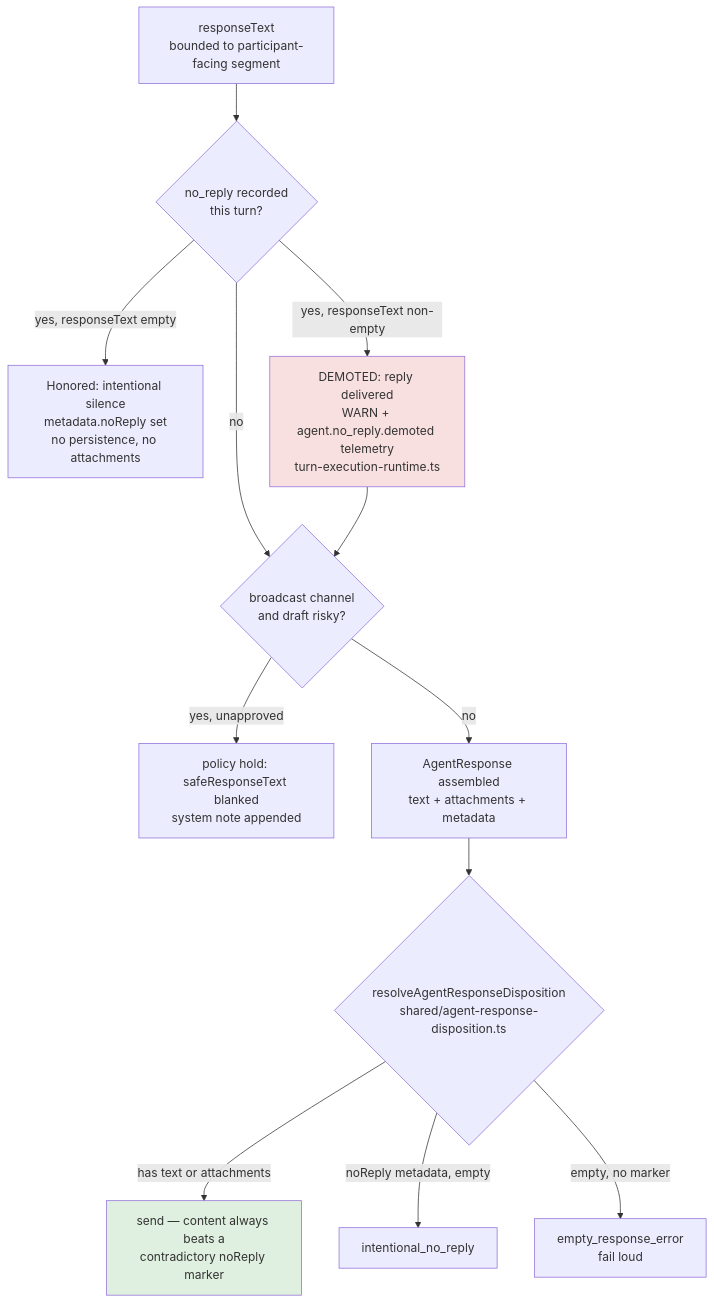
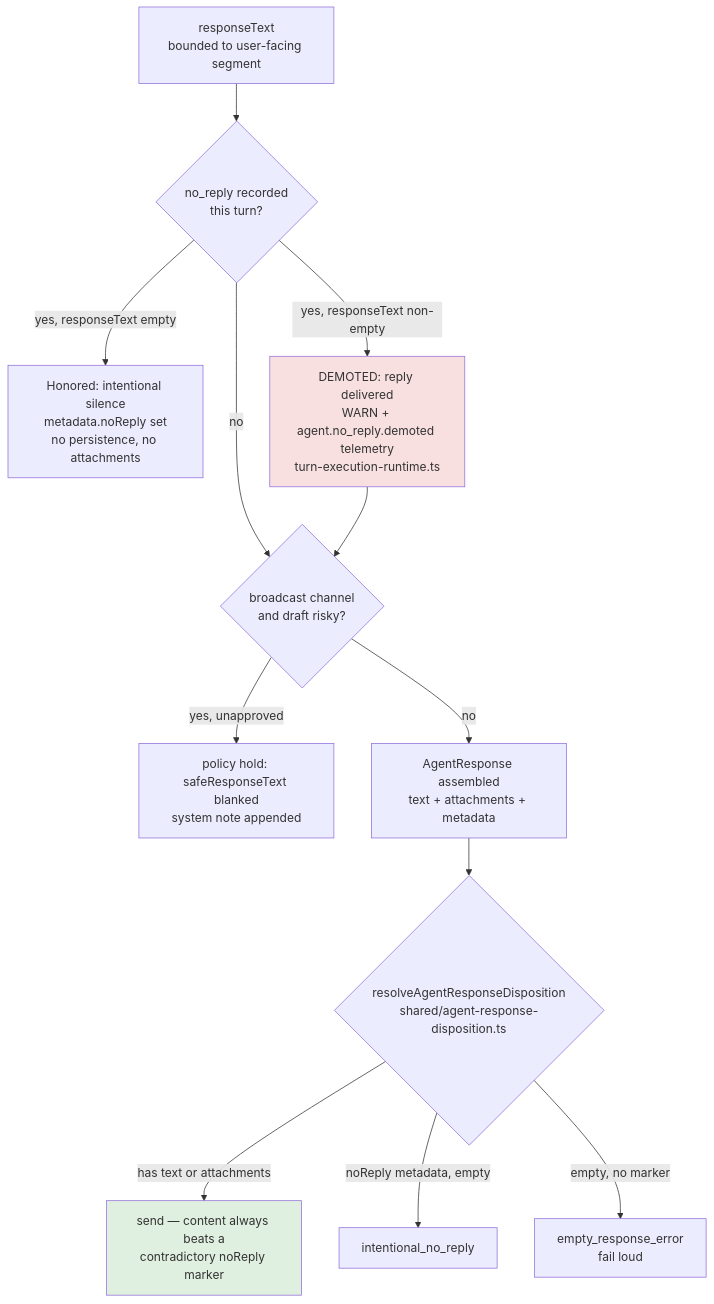
Before and after one commit to CGIC-AI/psfn-framework: the third of 4 diagrams in docs/chat-turn-lifecycle.md, drawn with Mermaid. The commit also changed other lines of this file and 67 other files, not shown here.

````diff
--- a/docs/chat-turn-lifecycle.md
+++ b/docs/chat-turn-lifecycle.md
@@ -94,17 +94,17 @@
 ```mermaid
 flowchart TD
-    RT[responseText<br/>bounded to participant-facing segment] --> NR{no_reply recorded<br/>this turn?}
+    RT[responseText<br/>bounded to user-facing segment] --> NR{no_reply recorded<br/>this turn?}
     NR -->|no| BC
     NR -->|yes, responseText empty| HONOR[Honored: intentional silence<br/>metadata.noReply set<br/>no persistence, no attachments]
     NR -->|yes, responseText non-empty| DEMOTE[DEMOTED: reply delivered<br/>WARN + agent.no_reply.demoted telemetry<br/>turn-execution-runtime.ts]
     DEMOTE --> BC{broadcast channel<br/>and draft risky?}
     BC -->|yes, unapproved| HELD[policy hold: safeResponseText blanked<br/>system note appended]
     BC -->|no| SEND[AgentResponse assembled<br/>text + attachments + metadata]
     SEND --> LM{resolveAgentResponseDisposition<br/>shared/agent-response-disposition.ts}
     LM -->|has text or attachments| DELIVER[send — content always beats a<br/>contradictory noReply marker]
     LM -->|noReply metadata, empty| SILENT[intentional_no_reply]
     LM -->|empty, no marker| ERR[empty_response_error<br/>fail loud]
 
     style DEMOTE fill:#f9e0e0
     style DELIVER fill:#e0f0e0
 ```
````
